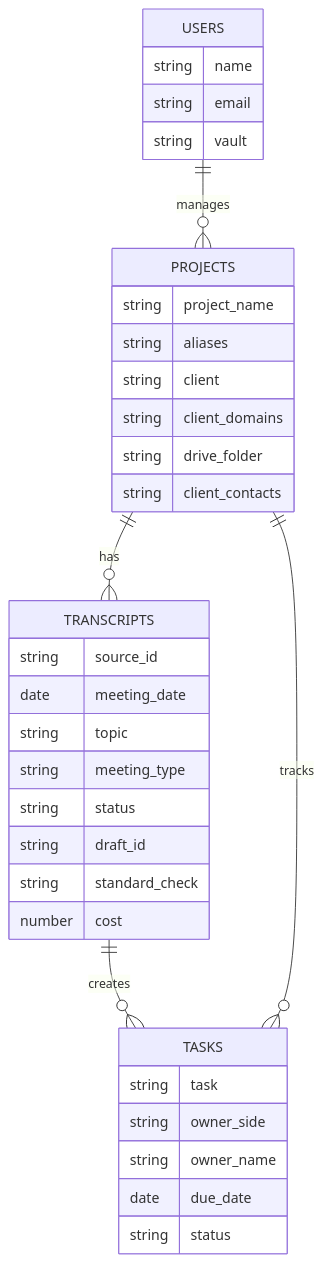
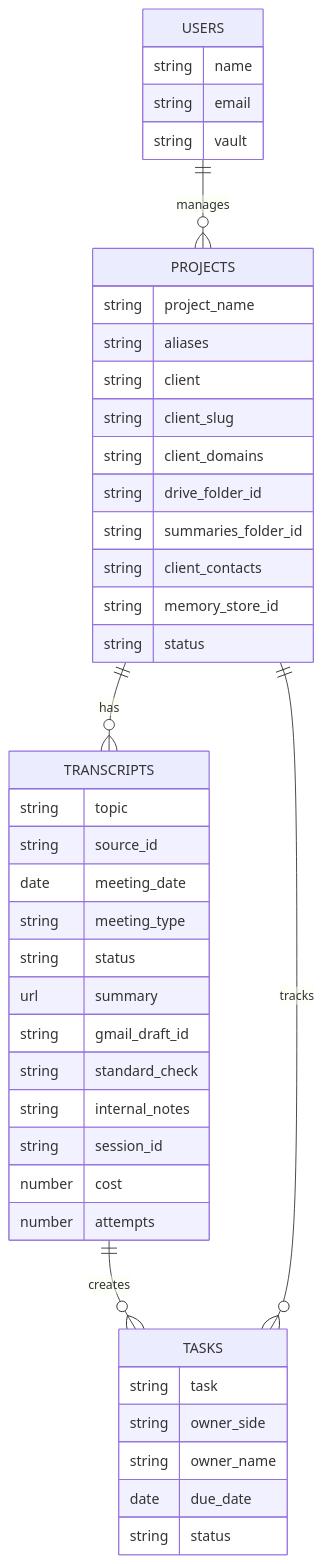
The third of 3 diagrams in Architecture.md (Inbalmrz/meeting-summary-agent), drawn with Mermaid before and after one commit. The commit also changed other lines of this file and 1 other file, not shown here.

First line of the commit message:
Architecture v1.1: match the built system; keep v1.0 in versions/

````diff
--- a/Architecture.md
+++ b/Architecture.md
@@ -90,38 +99,46 @@
 ```mermaid
 erDiagram
     USERS ||--o{ PROJECTS : manages
     PROJECTS ||--o{ TRANSCRIPTS : has
     TRANSCRIPTS ||--o{ TASKS : creates
     PROJECTS ||--o{ TASKS : tracks
 
     USERS {
         string name
         string email
         string vault
     }
     PROJECTS {
         string project_name
         string aliases
         string client
+        string client_slug
         string client_domains
-        string drive_folder
+        string drive_folder_id
+        string summaries_folder_id
         string client_contacts
+        string memory_store_id
+        string status
     }
     TRANSCRIPTS {
+        string topic
         string source_id
         date meeting_date
-        string topic
         string meeting_type
         string status
-        string draft_id
+        url summary
+        string gmail_draft_id
         string standard_check
+        string internal_notes
+        string session_id
         number cost
+        number attempts
     }
     TASKS {
         string task
         string owner_side
         string owner_name
         date due_date
         string status
     }
 ```
````
